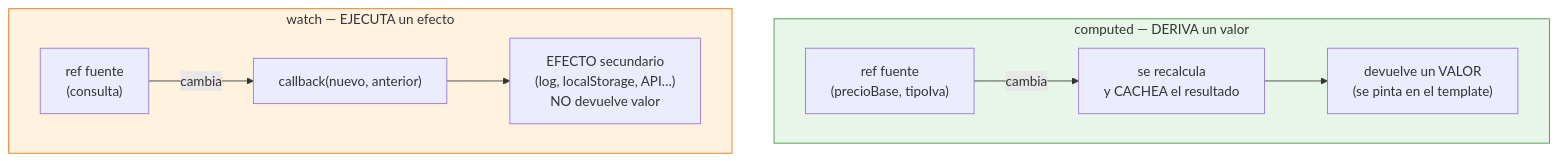
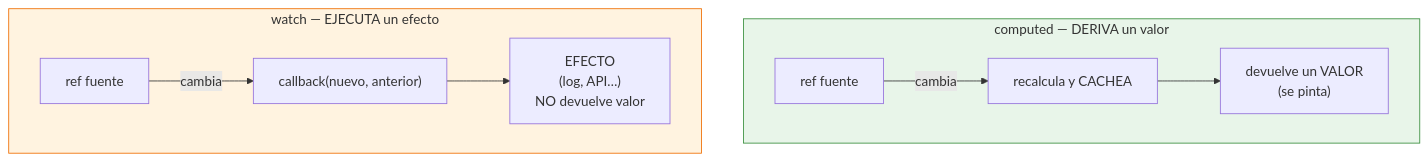
The third of 4 diagrams in curso-normalizacion/por-publicar/03-vue/sesiones/sesion-11-componentes-estado/index.md (fgtortosa/cursos-2026), drawn with Mermaid before and after one commit. The commit also changed other lines of this file and 5 other files, not shown here.

````diff
--- a/curso-normalizacion/por-publicar/03-vue/sesiones/sesion-11-componentes-estado/index.md
+++ b/curso-normalizacion/por-publicar/03-vue/sesiones/sesion-11-componentes-estado/index.md
@@ -555,13 +466,13 @@
 ```mermaid
 flowchart TB
     subgraph comp["computed — DERIVA un valor"]
-        CR["ref fuente<br/>(precioBase, tipoIva)"] -->|cambia| CC["se recalcula<br/>y CACHEA el resultado"]
-        CC --> CV["devuelve un VALOR<br/>(se pinta en el template)"]
+        CR["ref fuente"] -->|cambia| CC["recalcula y CACHEA"]
+        CC --> CV["devuelve un VALOR<br/>(se pinta)"]
     end
     subgraph wat["watch — EJECUTA un efecto"]
-        WR["ref fuente<br/>(consulta)"] -->|cambia| WC["callback(nuevo, anterior)"]
-        WC --> WE["EFECTO secundario<br/>(log, localStorage, API…)<br/>NO devuelve valor"]
+        WR["ref fuente"] -->|cambia| WC["callback(nuevo, anterior)"]
+        WC --> WE["EFECTO<br/>(log, API…)<br/>NO devuelve valor"]
     end
     style comp fill:#e8f5e9,stroke:#388e3c
     style wat fill:#fff3e0,stroke:#ef6c00
 ```
````
